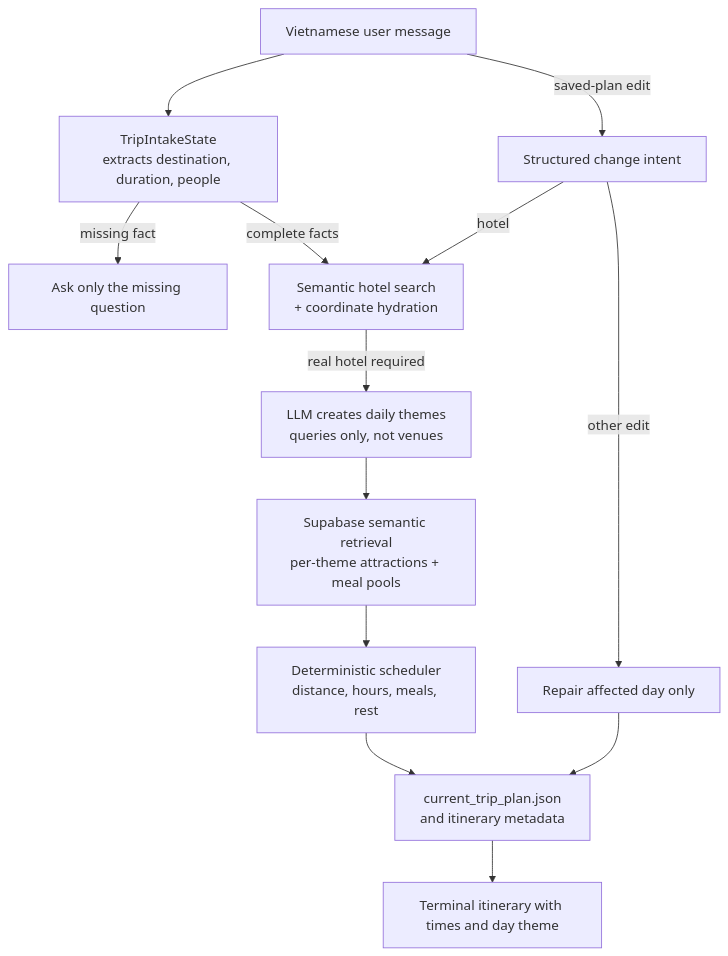
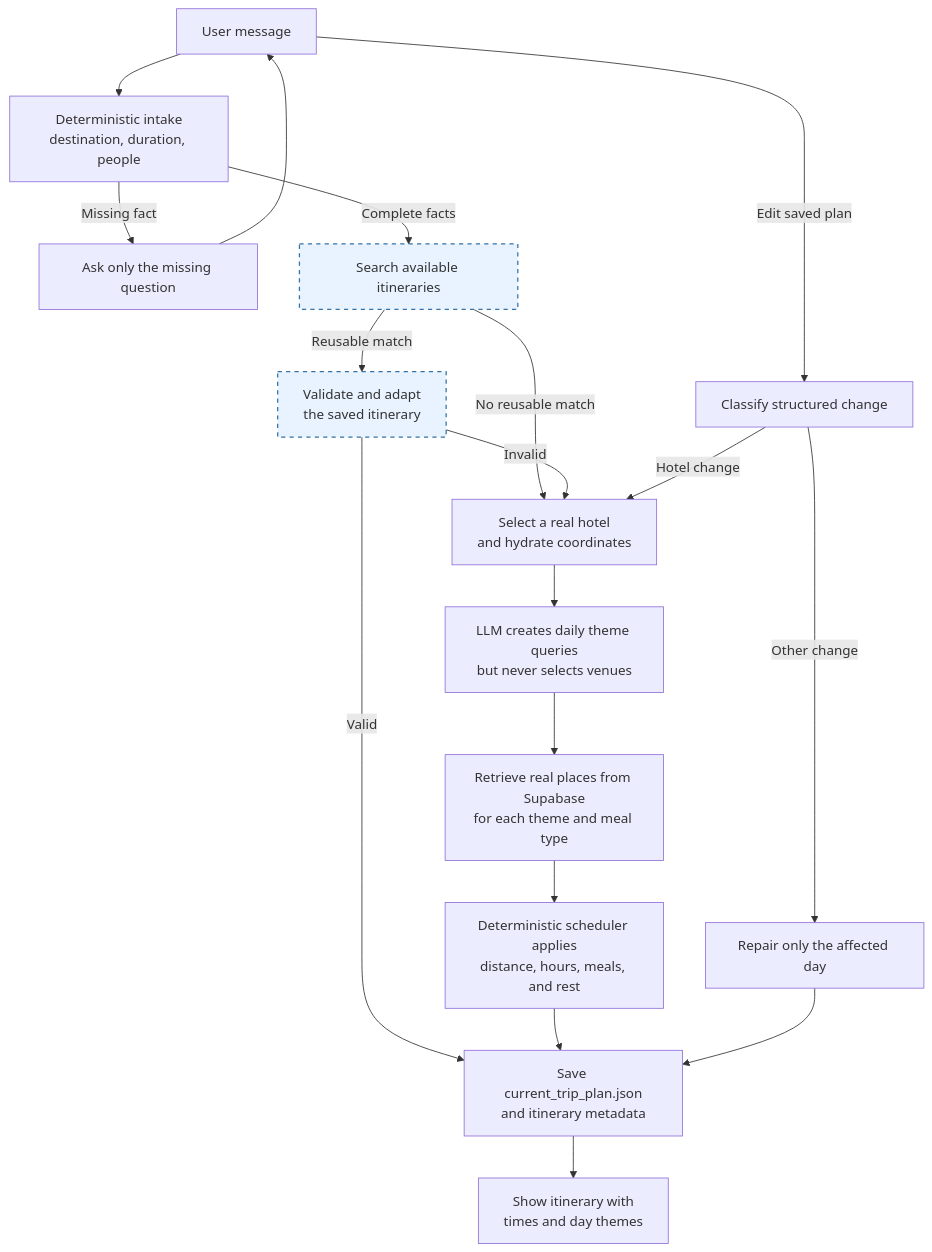
The first of 2 diagrams in docs/agent_workflow_and_semantic_search_stack.md (0infinitive0/VSF-Intern-project), drawn with Mermaid before and after one commit. The commit also changed other lines of this file and 17 other files, not shown here.

First line of the commit message:
feat: Implement itinerary store for managing reusable itinerary bundles

````diff
--- a/docs/agent_workflow_and_semantic_search_stack.md
+++ b/docs/agent_workflow_and_semantic_search_stack.md
@@ -18,16 +20,24 @@
 ```mermaid
 flowchart TD
-    U["Vietnamese user message"] --> I["TripIntakeState<br/>extracts destination, duration, people"]
-    I -->|"missing fact"| Q["Ask only the missing question"]
-    I -->|"complete facts"| H["Semantic hotel search<br/>+ coordinate hydration"]
-    H -->|"real hotel required"| T["LLM creates daily themes<br/>queries only, not venues"]
-    T --> R["Supabase semantic retrieval<br/>per-theme attractions + meal pools"]
-    R --> D["Deterministic scheduler<br/>distance, hours, meals, rest"]
-    D --> P["current_trip_plan.json<br/>and itinerary metadata"]
-    P --> F["Terminal itinerary with times and day theme"]
+    U["User message"] --> I["Deterministic intake<br/>destination, duration, people"]
+    I -->|"Missing fact"| Q["Ask only the missing question"]
+    Q --> U
+    I -->|"Complete facts"| A["Search available itineraries"]
+    A -->|"No reusable match"| H["Select a real hotel<br/>and hydrate coordinates"]
+    A -->|"Reusable match"| W["Validate and adapt<br/>the saved itinerary"]
+    W -->|"Valid"| P
+    W -->|"Invalid"| H
+    H --> T["LLM creates daily theme queries<br/>but never selects venues"]
+    T --> R["Retrieve real places from Supabase<br/>for each theme and meal type"]
+    R --> D["Deterministic scheduler applies<br/>distance, hours, meals, and rest"]
+    D --> P["Save current_trip_plan.json<br/>and itinerary metadata"]
+    P --> O["Show itinerary with<br/>times and day themes"]
 
-    U -->|"saved-plan edit"| C["Structured change intent"]
-    C -->|"hotel"| H
-    C -->|"other edit"| V["Repair affected day only"]
+    U -->|"Edit saved plan"| C["Classify structured change"]
+    C -->|"Hotel change"| H
+    C -->|"Other change"| V["Repair only the affected day"]
     V --> P
+
+    classDef reuse fill:#e8f3ff,stroke:#3572a5,stroke-width:1.5px,stroke-dasharray:5 5;
+    class A,W reuse;
 ```
````
